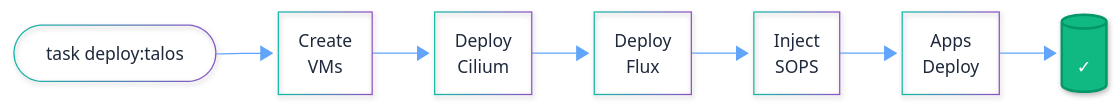
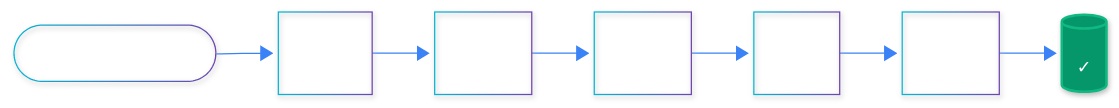
Before and after one commit to syscode-labs/oci-free-tier-manager: the sixth of 18 diagrams in docs/ARCHITECTURE-DIAGRAMS.md, drawn with Mermaid. The commit also changed other lines of this file and 1 other file, not shown here.

First line of the commit message:
fix: complete diagram color overhaul for light/dark theme compatibility

````diff
--- a/docs/ARCHITECTURE-DIAGRAMS.md
+++ b/docs/ARCHITECTURE-DIAGRAMS.md
@@ -354,51 +354,51 @@
 ```mermaid
 ---
 config:
   look: neo
   theme: base
   themeVariables:
-    primaryColor: "#2dd4bf"
-    primaryTextColor: "#1e293b"
-    primaryBorderColor: "#14b8a6"
-    secondaryColor: "#a855f7"
-    tertiaryColor: "#f59e0b"
+    primaryColor: "#0891b2"
+    primaryTextColor: "#ffffff"
+    primaryBorderColor: "#06b6d4"
+    secondaryColor: "#7c3aed"
+    tertiaryColor: "#d97706"
     background: "transparent"
     mainBkg: "transparent"
-    secondBkg: "#f1f5f9"
-    lineColor: "#60a5fa"
-    border1: "#60a5fa"
-    border2: "#60a5fa"
-    arrowheadColor: "#60a5fa"
+    secondBkg: "transparent"
+    lineColor: "#3b82f6"
+    border1: "#3b82f6"
+    border2: "#3b82f6"
+    arrowheadColor: "#3b82f6"
     fontFamily: "arial"
     fontSize: "14px"
     labelBackground: "transparent"
-    textColor: "#64748b"
-    nodeBorder: "#60a5fa"
-    clusterBkg: "#f8fafc"
-    clusterBorder: "#60a5fa"
+    textColor: "#94a3b8"
+    nodeBorder: "#3b82f6"
+    clusterBkg: "transparent"
+    clusterBorder: "#3b82f6"
     edgeLabelBackground: "transparent"
-    actorBorder: "#60a5fa"
-    actorBkg: "#e0f2fe"
-    actorTextColor: "#1e293b"
-    actorLineColor: "#60a5fa"
-    signalColor: "#60a5fa"
-    signalTextColor: "#1e293b"
-    labelBoxBkgColor: "#e0f2fe"
-    labelBoxBorderColor: "#60a5fa"
-    labelTextColor: "#1e293b"
+    actorBorder: "#3b82f6"
+    actorBkg: "#0891b2"
+    actorTextColor: "#ffffff"
+    actorLineColor: "#3b82f6"
+    signalColor: "#3b82f6"
+    signalTextColor: "#ffffff"
+    labelBoxBkgColor: "#0891b2"
+    labelBoxBorderColor: "#3b82f6"
+    labelTextColor: "#ffffff"
   flowchart:
     useMaxWidth: true
     htmlLabels: true
     curve: basis
 ---
 flowchart LR
     Start(["task deploy:talos"]) --> VMs["Create<br/>VMs"]
     VMs --> Cilium["Deploy<br/>Cilium"]
     Cilium --> Flux["Deploy<br/>Flux"]
     Flux --> SOPS["Inject<br/>SOPS"]
     SOPS --> Apps["Apps<br/>Deploy"]
     Apps --> Done[("✓")]
     
-    classDef success fill:#10b981,stroke:#059669,stroke-width:2px,color:#fff
+    classDef success fill:#059669,stroke:#10b981,stroke-width:2px,color:#fff
     class Done success
 ```
````
